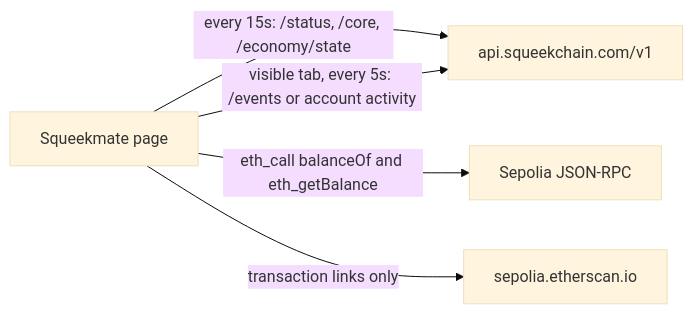
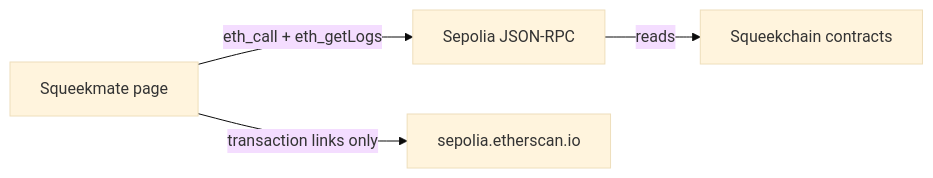
One commit to frianowzki/squeekmate changed the diagram in README.md. Above: the diagram before and after it, drawn with Mermaid (base theme). The commit also changed other lines of this file, not shown here.

````diff
--- a/README.md
+++ b/README.md
@@ -77,12 +78,11 @@
 ```mermaid
 flowchart LR
   page[Squeekmate page]
-  api["api.squeekchain.com/v1"]
   rpc[Sepolia JSON-RPC]
+  contracts[Squeekchain contracts]
   scan[sepolia.etherscan.io]
 
-  page -->|"every 15s: /status, /core, /economy/state"| api
-  page -->|"visible tab, every 5s: /events or account activity"| api
-  page -->|"eth_call balanceOf and eth_getBalance"| rpc
+  page -->|"eth_call + eth_getLogs"| rpc
+  rpc -->|"reads"| contracts
   page -->|"transaction links only"| scan
 ```
````
